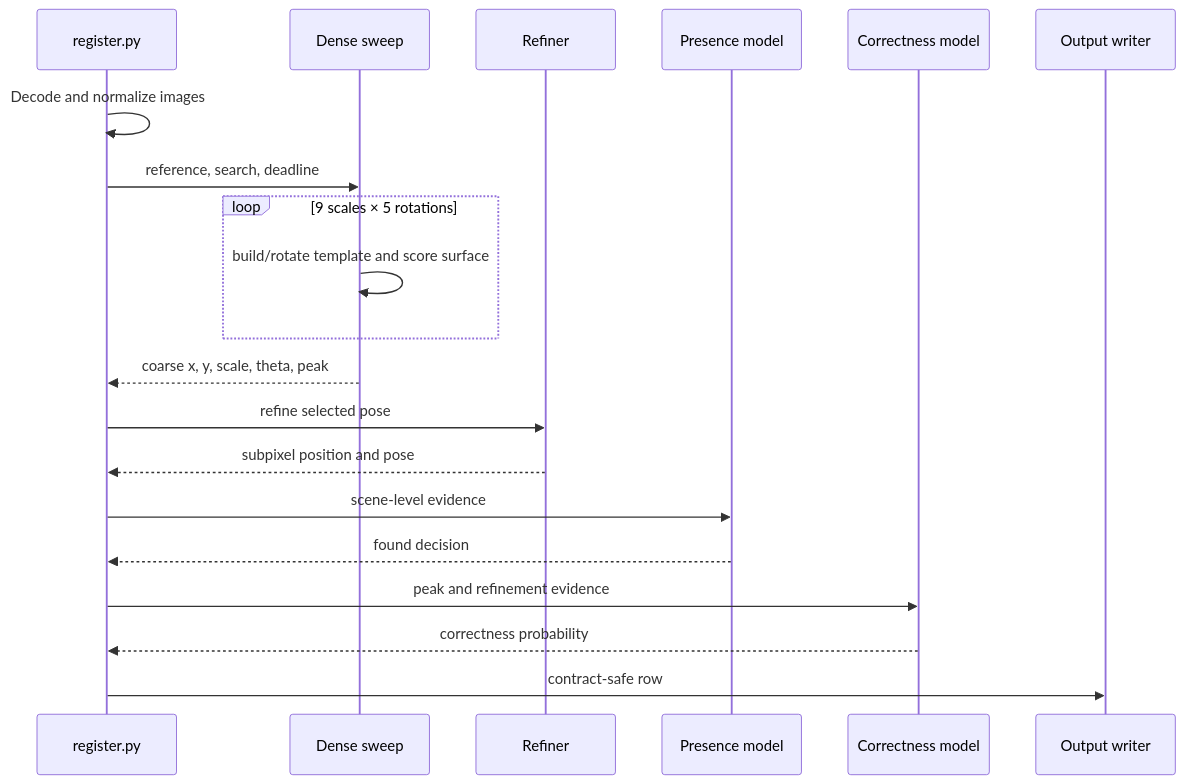
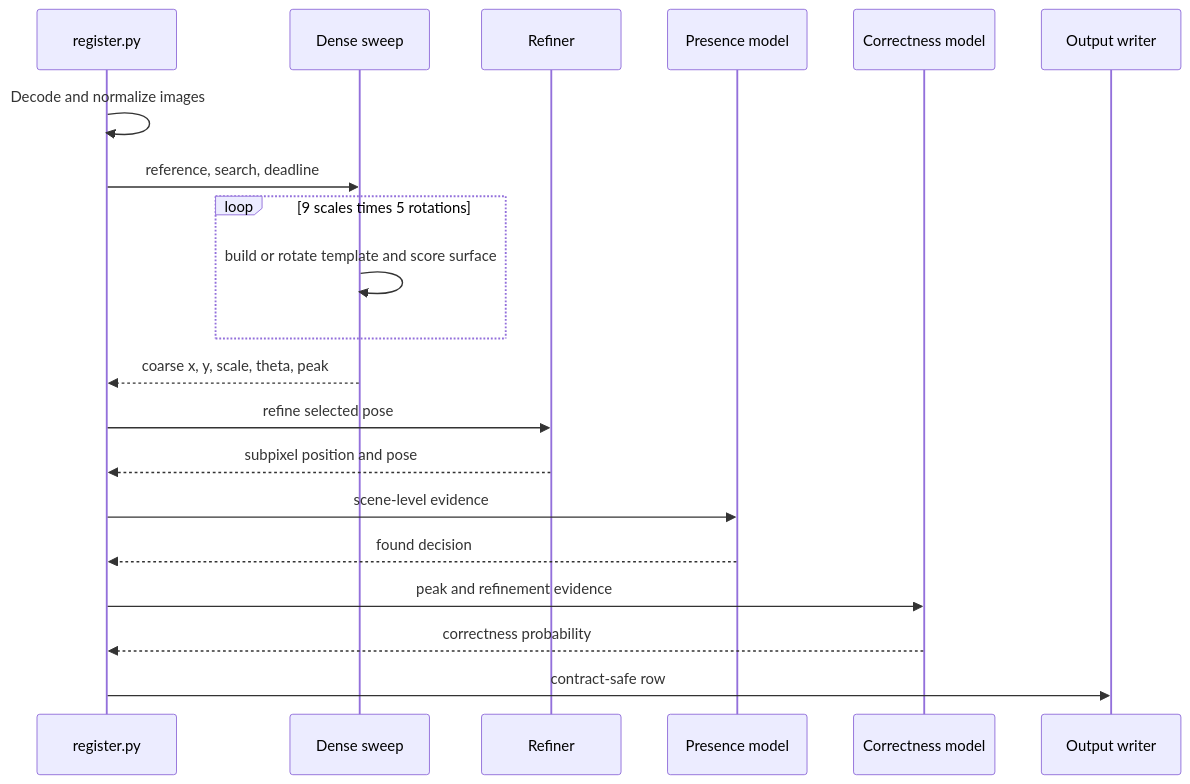
Before and after one commit to RHUDHRESH/LatticeRank-SEMICON-2026: the fifth of 12 diagrams in docs/V1_VS_V2.md, drawn with Mermaid. The commit also changed other lines of this file and 35 other files, not shown here.

````diff
--- a/docs/V1_VS_V2.md
+++ b/docs/V1_VS_V2.md
@@ -131,23 +153,23 @@
 ```mermaid
 sequenceDiagram
     participant R as register.py
     participant D as Dense sweep
     participant F as Refiner
     participant P as Presence model
     participant C as Correctness model
     participant O as Output writer
 
     R->>R: Decode and normalize images
     R->>D: reference, search, deadline
-    loop 9 scales × 5 rotations
-        D->>D: build/rotate template and score surface
+    loop 9 scales times 5 rotations
+        D->>D: build or rotate template and score surface
     end
     D-->>R: coarse x, y, scale, theta, peak
     R->>F: refine selected pose
     F-->>R: subpixel position and pose
     R->>P: scene-level evidence
     P-->>R: found decision
     R->>C: peak and refinement evidence
     C-->>R: correctness probability
     R->>O: contract-safe row
 ```
````
